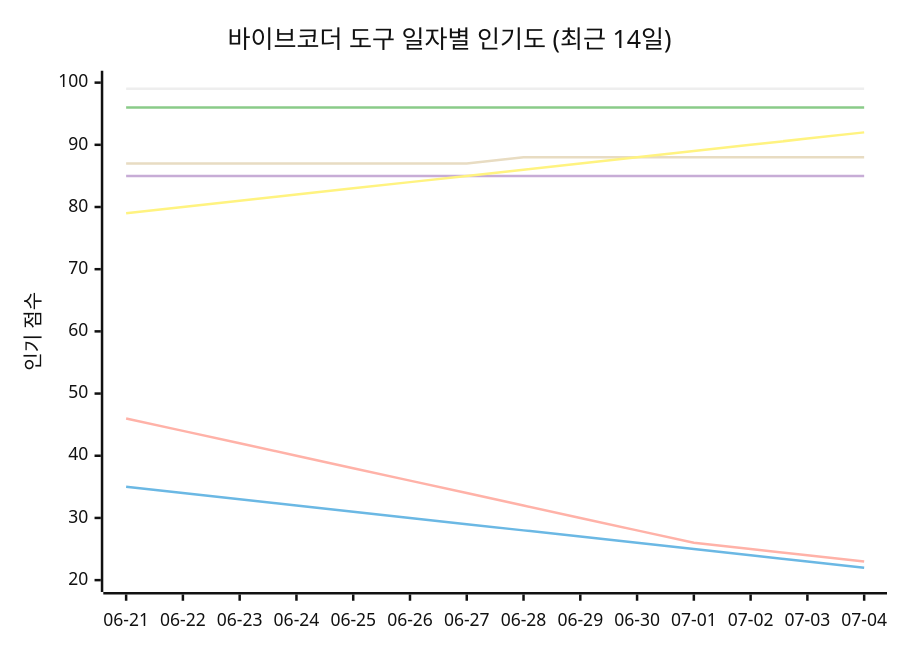
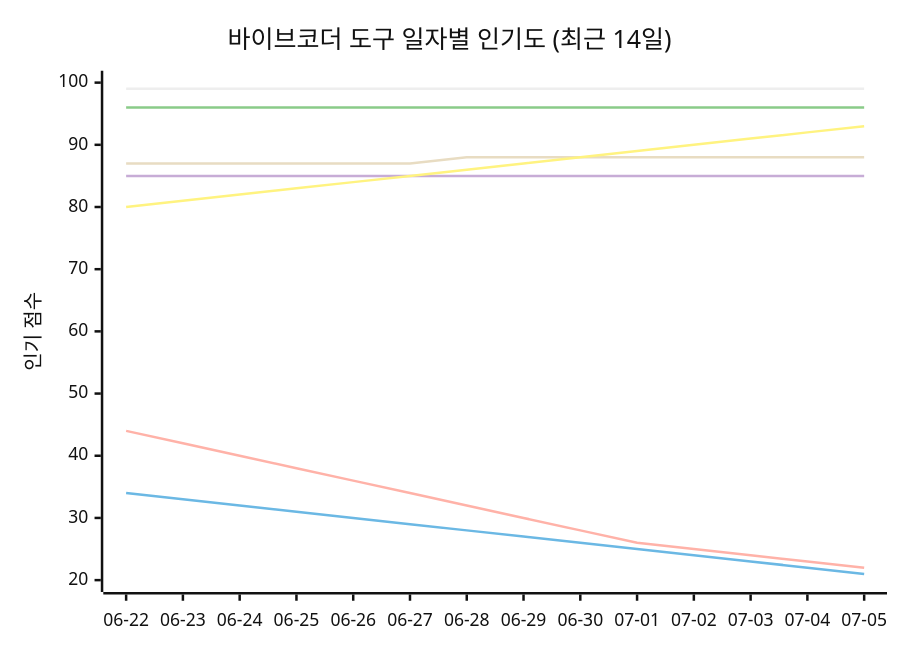
One commit to tykimos/ai-whatchelin changed the seventh of 11 diagrams in README_ko.md. Above: the diagram before and after it, drawn with Mermaid (neutral theme). The commit also changed other lines of this file and 4 other files, not shown here.

````diff
--- a/README_ko.md
+++ b/README_ko.md
@@ -1811,13 +1820,13 @@
 ```mermaid
 xychart-beta
     title "바이브코더 도구 일자별 인기도 (최근 14일)"
-    x-axis ["06-21", "06-22", "06-23", "06-24", "06-25", "06-26", "06-27", "06-28", "06-29", "06-30", "07-01", "07-02", "07-03", "07-04"]
+    x-axis ["06-22", "06-23", "06-24", "06-25", "06-26", "06-27", "06-28", "06-29", "06-30", "07-01", "07-02", "07-03", "07-04", "07-05"]
     y-axis "인기 점수" 20 --> 100
     line "Claude Code" [99, 99, 99, 99, 99, 99, 99, 99, 99, 99, 99, 99, 99, 99]
-    line "GH Copilot" [35, 34, 33, 32, 31, 30, 29, 28, 27, 26, 25, 24, 23, 22]
+    line "GH Copilot" [34, 33, 32, 31, 30, 29, 28, 27, 26, 25, 24, 23, 22, 21]
     line "Cursor" [96, 96, 96, 96, 96, 96, 96, 96, 96, 96, 96, 96, 96, 96]
     line "Windsurf" [85, 85, 85, 85, 85, 85, 85, 85, 85, 85, 85, 85, 85, 85]
-    line "Codex CLI" [87, 87, 87, 87, 87, 87, 87, 88, 88, 88, 88, 88, 88, 88]
-    line "Gemini CLI" [46, 44, 42, 40, 38, 36, 34, 32, 30, 28, 26, 25, 24, 23]
-    line "Antigravity" [79, 80, 81, 82, 83, 84, 85, 86, 87, 88, 89, 90, 91, 92]
+    line "Codex CLI" [87, 87, 87, 87, 87, 87, 88, 88, 88, 88, 88, 88, 88, 88]
+    line "Gemini CLI" [44, 42, 40, 38, 36, 34, 32, 30, 28, 26, 25, 24, 23, 22]
+    line "Antigravity" [80, 81, 82, 83, 84, 85, 86, 87, 88, 89, 90, 91, 92, 93]
 ```
````
